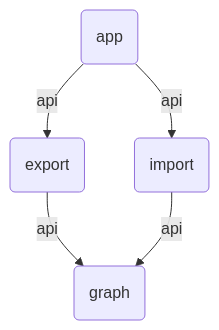
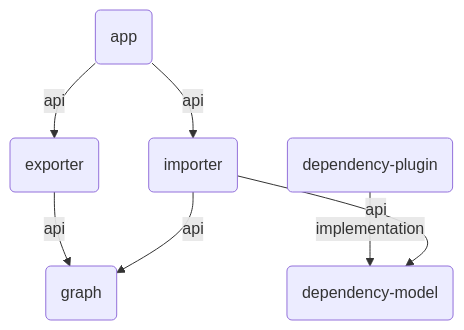
The diagram in README.md (ryru/dependency-graph-analyser), drawn with Mermaid before and after one commit. The commit also changed other lines of this file and 2 other files, not shown here.

````diff
--- a/README.md
+++ b/README.md
@@ -38,7 +9,9 @@
 ```mermaid
 graph TD
-    vd2a57d(app) -->|api| vb25074(export)
-    vd2a57d(app) -->|api| v93473a(import)
-    vb25074(export) -->|api| vf8b0b9(graph)
-    v93473a(import) -->|api| vf8b0b9(graph)
+    vd2a57d(app) -->|api| ved7802(exporter)
+    vd2a57d(app) -->|api| v1bc49d(importer)
+    v80f88a(dependency-plugin) -->|implementation| v8ebf3d(dependency-model)
+    ved7802(exporter) -->|api| vf8b0b9(graph)
+    v1bc49d(importer) -->|api| v8ebf3d(dependency-model)
+    v1bc49d(importer) -->|api| vf8b0b9(graph)
 ```
````
